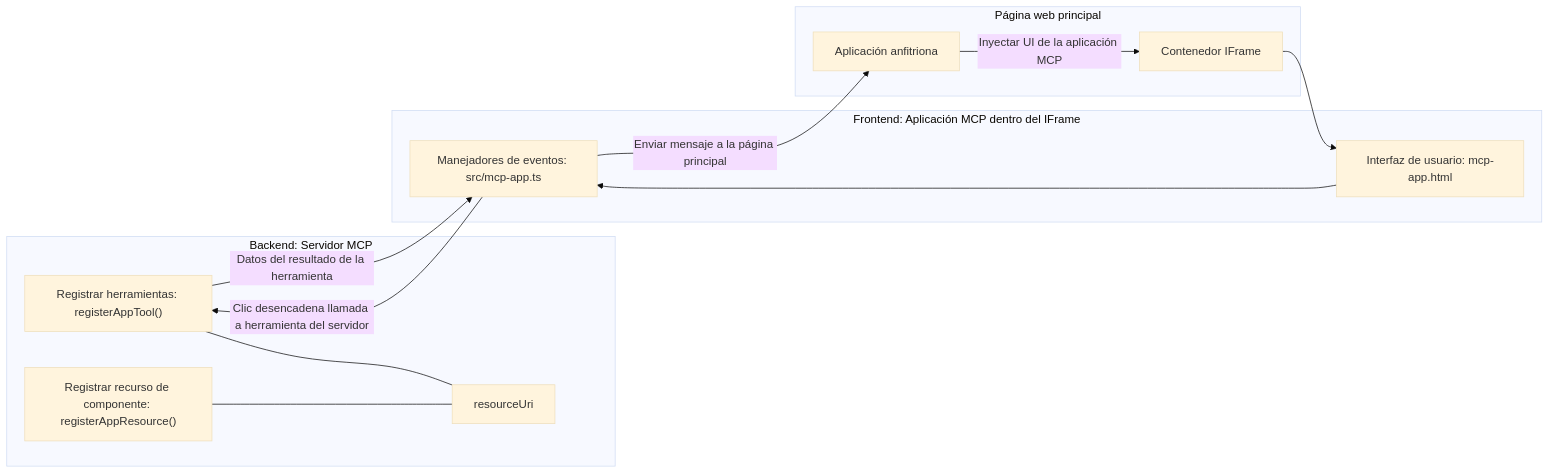
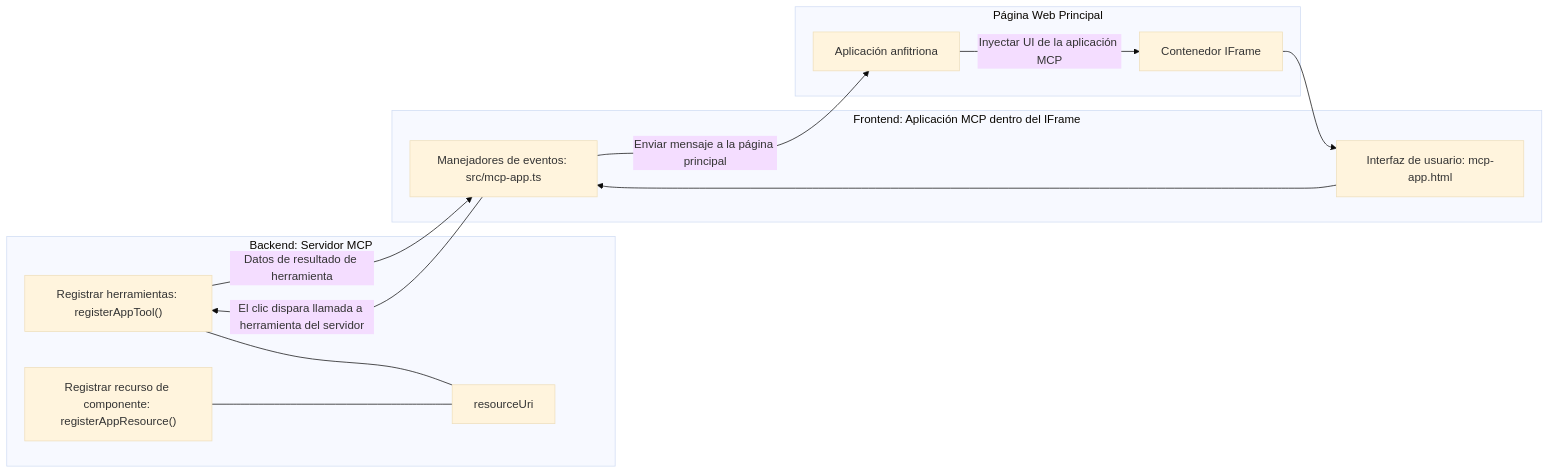
One commit to HIDORAKAI002/ai-workspace-archive changed the diagram in mcp_ecosystem__model_context_protocol/mcp_learning_resources/mcp-for-beginners/translations/es/03-GettingStarted/15-mcp-apps/README.md. Above: the diagram before and after it, drawn with Mermaid (base theme). The commit also changed other lines of this file and 1160 other files, not shown here.

````diff
--- a/mcp_ecosystem__model_context_protocol/mcp_learning_resources/mcp-for-beginners/translations/es/03-GettingStarted/15-mcp-apps/README.md
+++ b/mcp_ecosystem__model_context_protocol/mcp_learning_resources/mcp-for-beginners/translations/es/03-GettingStarted/15-mcp-apps/README.md
@@ -32,27 +32,27 @@
 ```mermaid
 flowchart LR
   subgraph Backend[Backend: Servidor MCP]
     T["Registrar herramientas: registerAppTool()"]
     C["Registrar recurso de componente: registerAppResource()"]
     U[resourceUri]
     T --- U
     C --- U
   end
 
-  subgraph Parent[Página web principal]
+  subgraph Parent[Página Web Principal]
     H[Aplicación anfitriona]
     IFRAME[Contenedor IFrame]
     H -->|Inyectar UI de la aplicación MCP| IFRAME
   end
 
   subgraph Frontend[Frontend: Aplicación MCP dentro del IFrame]
     UI["Interfaz de usuario: mcp-app.html"]
     EH["Manejadores de eventos: src/mcp-app.ts"]
     UI --> EH
   end
 
   IFRAME --> UI
-  EH -->|Clic desencadena llamada a herramienta del servidor| T
-  T -->|Datos del resultado de la herramienta| EH
+  EH -->|El clic dispara llamada a herramienta del servidor| T
+  T -->|Datos de resultado de herramienta| EH
   EH -->|Enviar mensaje a la página principal| H
-```
+```  
````
